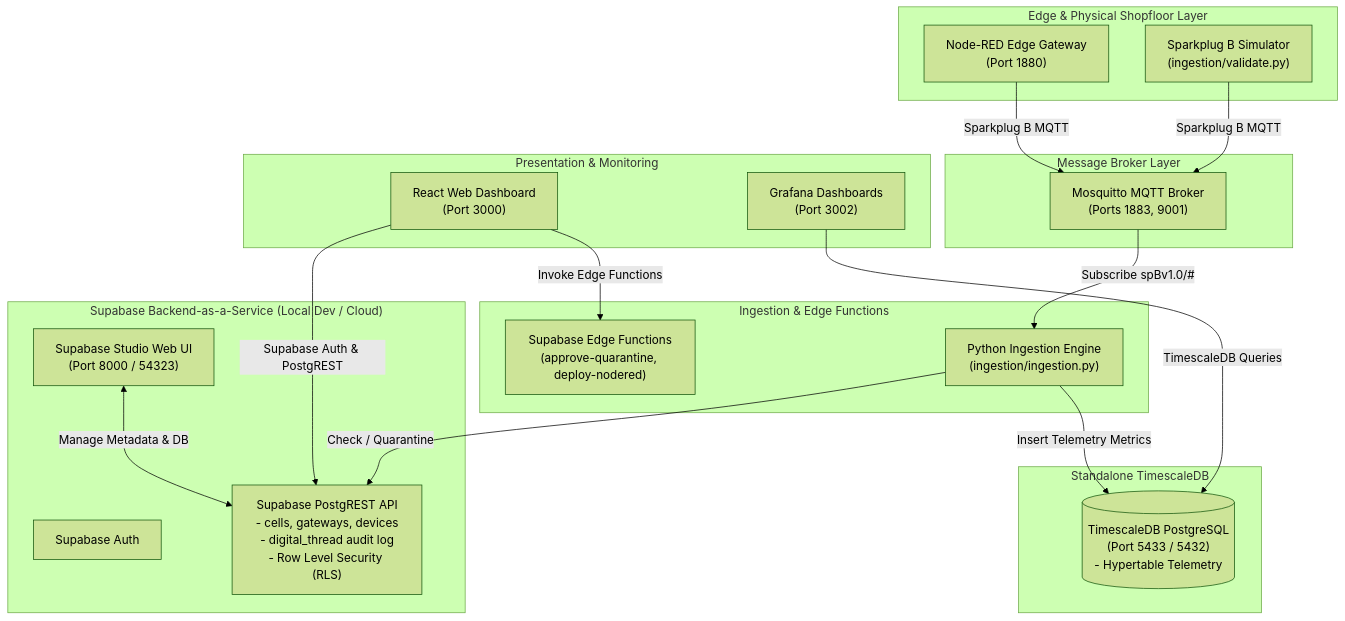
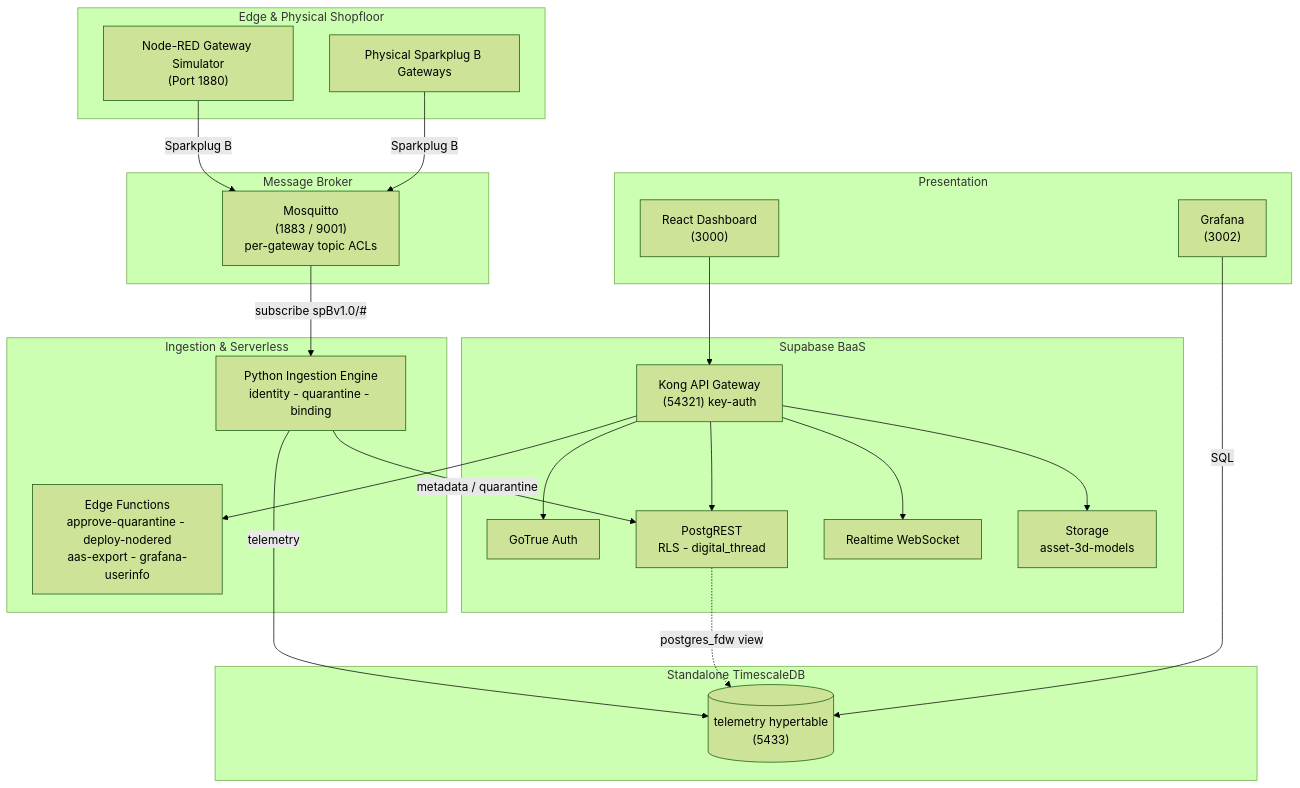
Before and after one commit to Harri-Llewelyn/Aber: the diagram in README.md, drawn with Mermaid (forest theme). The commit also changed other lines of this file and 99 other files, not shown here.

````diff
--- a/README.md
+++ b/README.md
@@ -66,41 +41,47 @@
 ```mermaid
 flowchart TB
-    subgraph Edge Layer ["Edge & Physical Shopfloor Layer"]
-        NR["Node-RED Edge Gateway<br/>(Port 1880)"]
-        SIM["Sparkplug B Simulator<br/>(ingestion/validate.py)"]
+    subgraph Edge ["Edge & Physical Shopfloor"]
+        NR["Node-RED Gateway Simulator<br/>(Port 1880)"]
+        DEV["Physical Sparkplug B Gateways"]
     end
 
-    subgraph Messaging ["Message Broker Layer"]
-        MQTT["Mosquitto MQTT Broker<br/>(Ports 1883, 9001)"]
+    subgraph Messaging ["Message Broker"]
+        MQTT["Mosquitto<br/>(1883 / 9001)<br/>per-gateway topic ACLs"]
     end
 
-    subgraph Processing ["Ingestion & Edge Functions"]
-        ING["Python Ingestion Engine<br/>(ingestion/ingestion.py)"]
-        EF["Supabase Edge Functions<br/>(approve-quarantine, deploy-nodered)"]
+    subgraph Processing ["Ingestion & Serverless"]
+        ING["Python Ingestion Engine<br/>identity - quarantine - binding"]
+        EF["Edge Functions<br/>approve-quarantine - deploy-nodered<br/>aas-export - grafana-userinfo"]
     end
 
-    subgraph Supabase ["Supabase Backend-as-a-Service (Local Dev / Cloud)"]
-        AUTH["Supabase Auth"]
-        POSTGREST["Supabase PostgREST API<br/>- cells, gateways, devices<br/>- digital_thread audit log<br/>- Row Level Security (RLS)"]
-        STUDIO["Supabase Studio Web UI<br/>(Port 8000 / 54323)"]
+    subgraph Supabase ["Supabase BaaS"]
+        KONG["Kong API Gateway<br/>(54321) key-auth"]
+        AUTH["GoTrue Auth"]
+        PGRST["PostgREST<br/>RLS - digital_thread"]
+        RT["Realtime WebSocket"]
+        STO["Storage<br/>asset-3d-models"]
     end
 
-    subgraph TelemetryDB ["Standalone TimescaleDB"]
-        TSDB[("TimescaleDB PostgreSQL<br/>(Port 5433 / 5432)<br/>- Hypertable Telemetry")]
+    subgraph TSDB ["Standalone TimescaleDB"]
+        TS[("telemetry hypertable<br/>(5433)")]
     end
 
-    subgraph User Experience ["Presentation & Monitoring"]
-        UI["React Web Dashboard<br/>(Port 3000)"]
-        GRAF["Grafana Dashboards<br/>(Port 3002)"]
+    subgraph UX ["Presentation"]
+        UI["React Dashboard<br/>(3000)"]
+        GRAF["Grafana<br/>(3002)"]
     end
 
-    NR -->|Sparkplug B MQTT| MQTT
-    SIM -->|Sparkplug B MQTT| MQTT
-    MQTT -->|Subscribe spBv1.0/#| ING
-    ING -->|Check / Quarantine| POSTGREST
-    ING -->|Insert Telemetry Metrics| TSDB
-    UI -->|Supabase Auth & PostgREST| POSTGREST
-    UI -->|Invoke Edge Functions| EF
-    STUDIO <-->|Manage Metadata & DB| POSTGREST
-    GRAF -->|TimescaleDB Queries| TSDB
+    NR -->|Sparkplug B| MQTT
+    DEV -->|Sparkplug B| MQTT
+    MQTT -->|subscribe spBv1.0/#| ING
+    ING -->|metadata / quarantine| PGRST
+    ING -->|telemetry| TS
+    UI --> KONG
+    KONG --> AUTH
+    KONG --> PGRST
+    KONG --> RT
+    KONG --> STO
+    KONG --> EF
+    PGRST -.->|postgres_fdw view| TS
+    GRAF -->|SQL| TS
 ```
````
